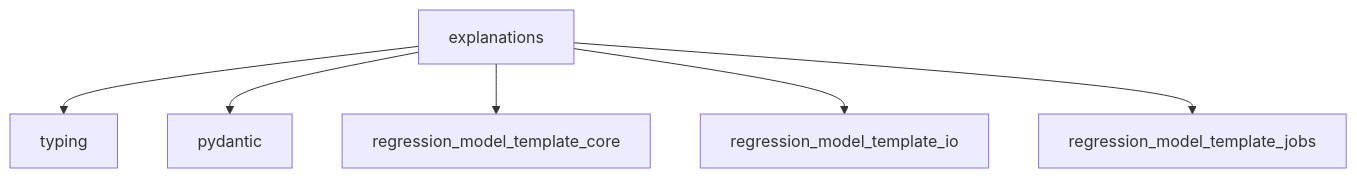
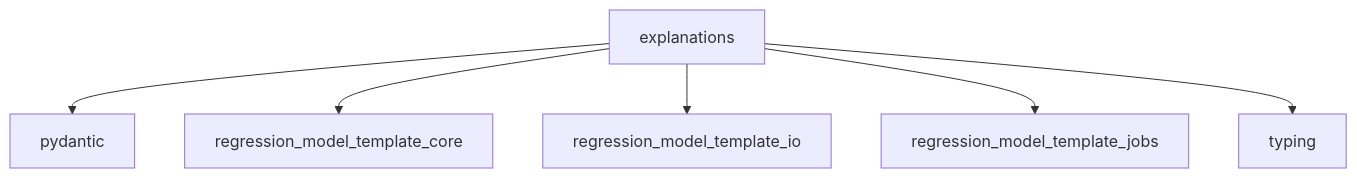
One commit to lgcorzo/mlops-python-package changed the second of 2 diagrams in wiki/explanations.md. Above: the diagram before and after it, drawn with Mermaid. The commit also changed other lines of this file and 31 other files, not shown here.

````diff
--- a/wiki/explanations.md
+++ b/wiki/explanations.md
@@ -29,8 +29,9 @@
 ```mermaid
 flowchart TD
-    explanations --> typing
+
     explanations --> pydantic
     explanations --> regression_model_template_core
     explanations --> regression_model_template_io
     explanations --> regression_model_template_jobs
+    explanations --> typing
 ```
````
